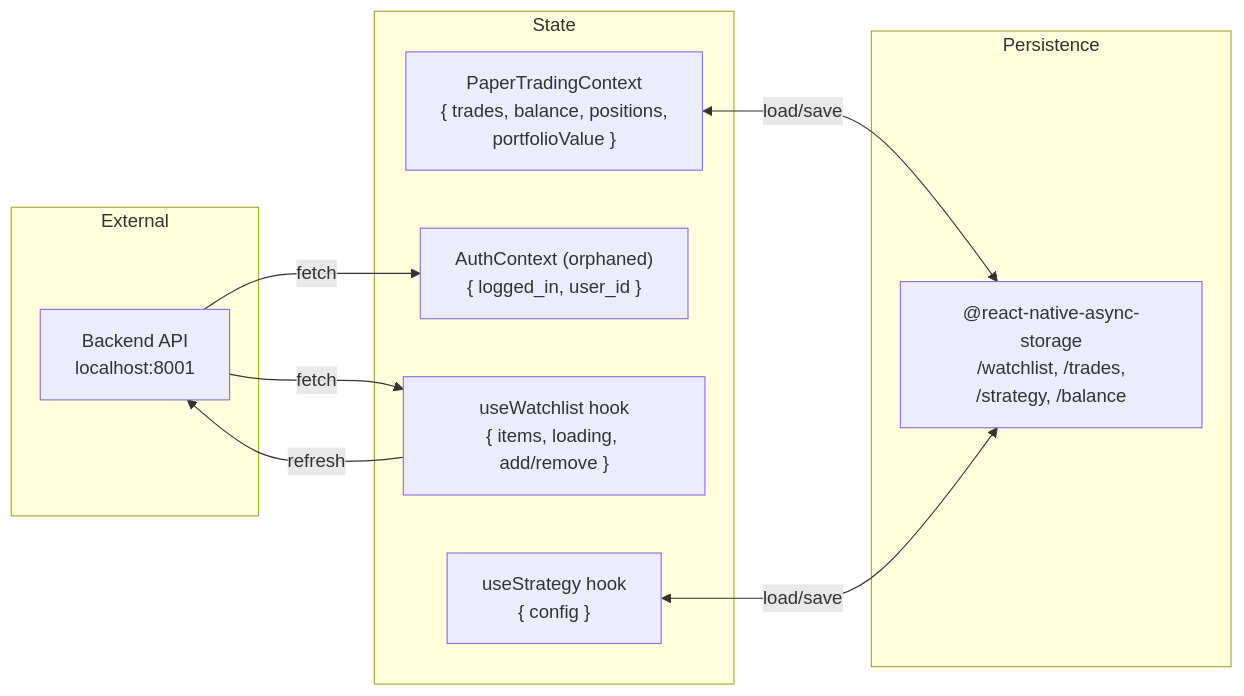
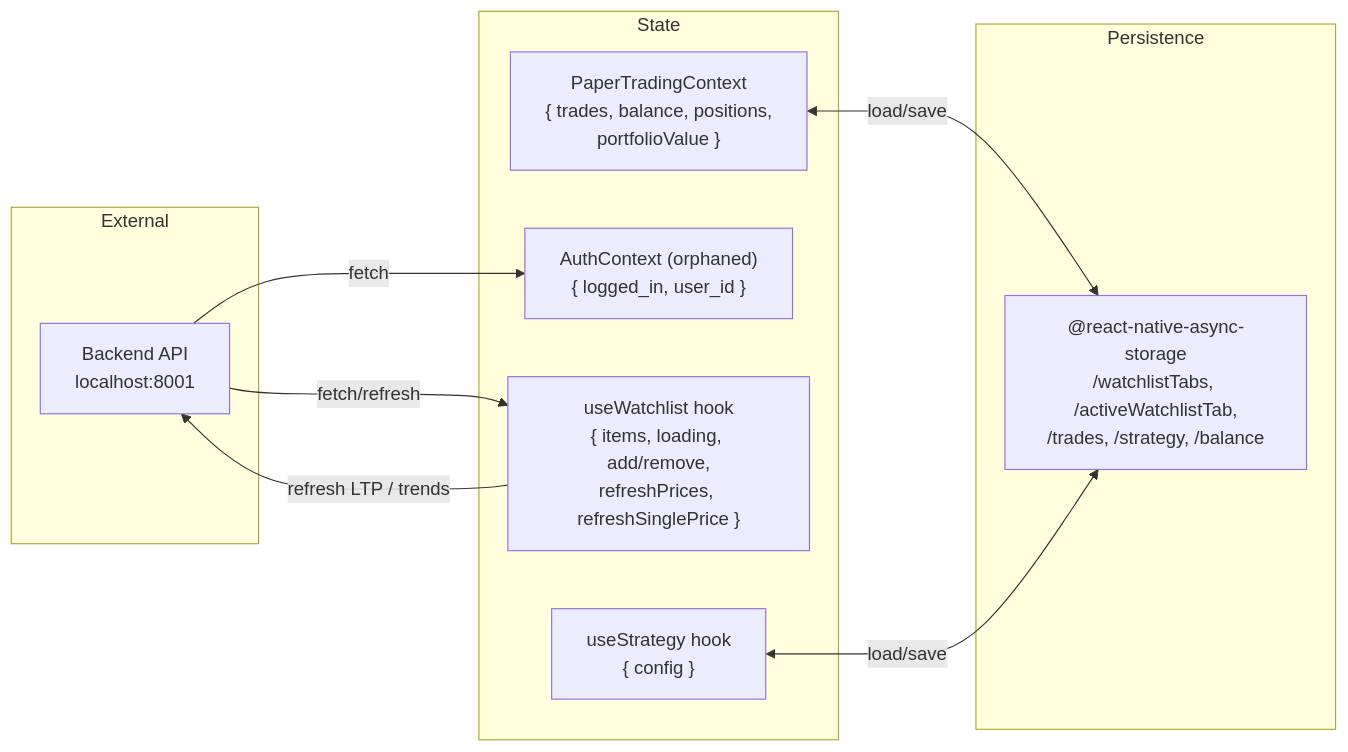
Before and after one commit to rameshdev62/cursor-ai-paper-trading: the third of 3 diagrams in CODE_REVIEW_GRAPH.md, drawn with Mermaid. The commit also changed other lines of this file and 16 other files, not shown here.

````diff
--- a/CODE_REVIEW_GRAPH.md
+++ b/CODE_REVIEW_GRAPH.md
@@ -115,23 +127,23 @@
 ```mermaid
 graph LR
   subgraph External
     API["Backend API\nlocalhost:8001"]
   end
 
   subgraph State
     PTC["PaperTradingContext\n{ trades, balance, positions,\nportfolioValue }"]
     AC["AuthContext (orphaned)\n{ logged_in, user_id }"]
-    useW["useWatchlist hook\n{ items, loading, add/remove }"]
+    useW["useWatchlist hook\n{ items, loading, add/remove,\nrefreshPrices, refreshSinglePrice }"]
     useS["useStrategy hook\n{ config }"]
   end
 
   subgraph Persistence
-    AsyncStorage["@react-native-async-storage\n/watchlist, /trades,\n/strategy, /balance"]
+    AsyncStorage["@react-native-async-storage\n/watchlistTabs, /activeWatchlistTab,\n/trades, /strategy, /balance"]
   end
 
-  API -->|fetch| useW
+  API -->|fetch/refresh| useW
   API -->|fetch| AC
   PTC <-->|load/save| AsyncStorage
   useS <-->|load/save| AsyncStorage
-  useW -->|refresh| API
+  useW -->|refresh LTP / trends| API
 ```
````
